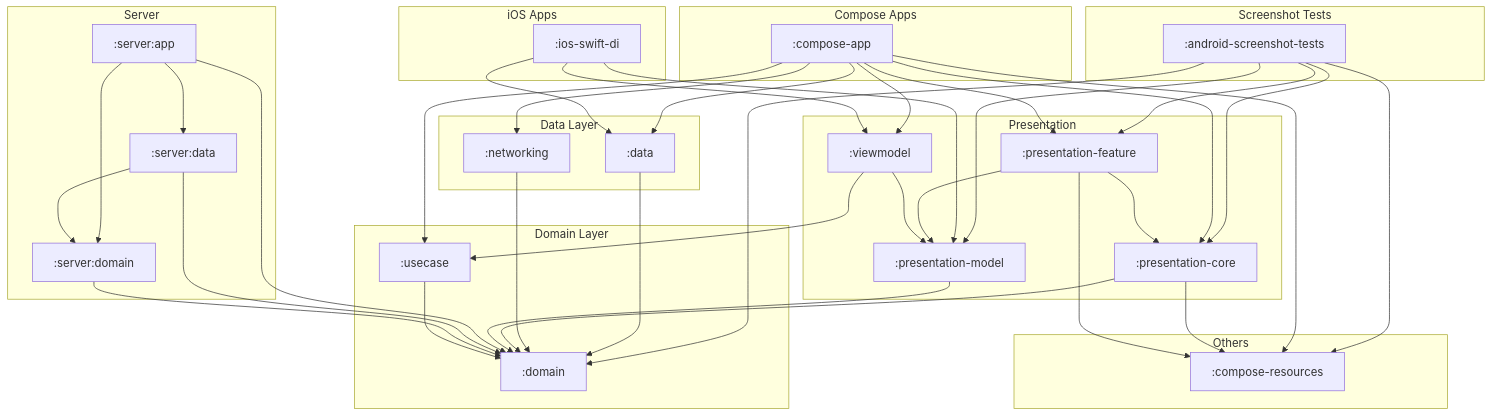
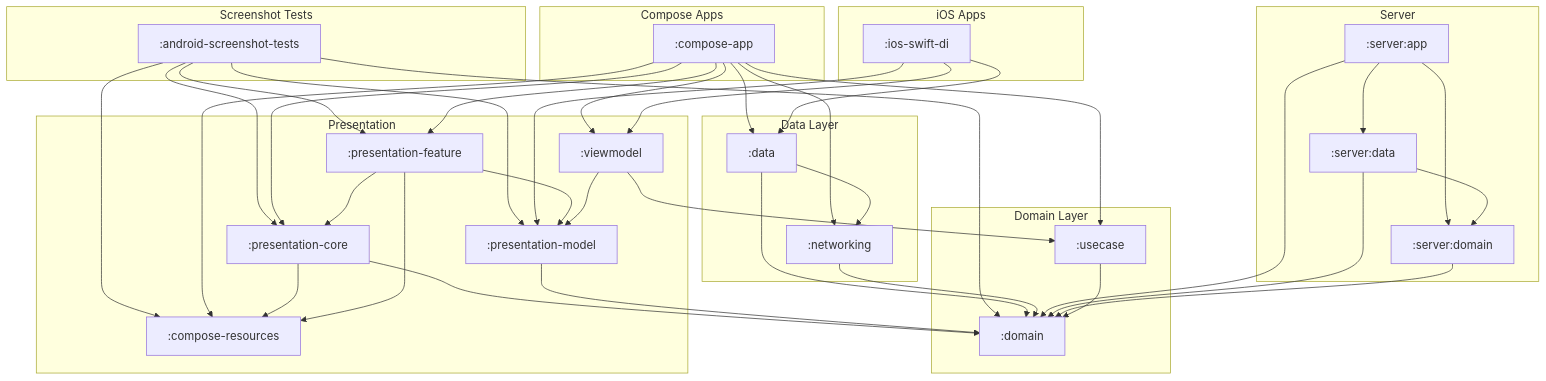
One commit to cartland/battery-butler changed the diagram in docs/diagrams/kotlin_module_structure.mmd. Above: the diagram before and after it, drawn with Mermaid. The commit also changed 45 other files, not shown here.

```diff
--- a/docs/diagrams/kotlin_module_structure.mmd
+++ b/docs/diagrams/kotlin_module_structure.mmd
@@ -1,85 +1,83 @@
 graph TD
     subgraph "iOS Apps"
         IosSwiftDi[":ios-swift-di"]
     end
 
     subgraph "Compose Apps"
         ComposeApp[":compose-app"]
     end
 
     subgraph "Server"
         ServerApp[":server:app"]
         ServerData[":server:data"]
         ServerDomain[":server:domain"]
     end
 
     subgraph "Presentation"
+        ComposeResources[":compose-resources"]
         PresentationCore[":presentation-core"]
         PresentationFeature[":presentation-feature"]
         PresentationModel[":presentation-model"]
         Viewmodel[":viewmodel"]
     end
 
     subgraph "Domain Layer"
         Domain[":domain"]
         Usecase[":usecase"]
     end
 
     subgraph "Data Layer"
         Data[":data"]
         Networking[":networking"]
     end
 
     subgraph "Screenshot Tests"
         AndroidScreenshotTests[":android-screenshot-tests"]
     end
 
-    subgraph "Others"
-        ComposeResources[":compose-resources"]
-    end
-
     %% Dependencies
     AndroidScreenshotTests --> ComposeResources
     AndroidScreenshotTests --> Domain
     AndroidScreenshotTests --> PresentationCore
     AndroidScreenshotTests --> PresentationFeature
     AndroidScreenshotTests --> PresentationModel
 
     ComposeApp --> ComposeResources
     ComposeApp --> Data
     ComposeApp --> Networking
     ComposeApp --> PresentationCore
     ComposeApp --> PresentationFeature
     ComposeApp --> Usecase
     ComposeApp --> Viewmodel
 
     Data --> Domain
+    Data --> Networking
 
     IosSwiftDi --> Data
     IosSwiftDi --> PresentationModel
     IosSwiftDi --> Viewmodel
 
     Networking --> Domain
 
     PresentationCore --> ComposeResources
     PresentationCore --> Domain
 
     PresentationFeature --> ComposeResources
     PresentationFeature --> PresentationCore
     PresentationFeature --> PresentationModel
 
     PresentationModel --> Domain
 
     ServerApp --> Domain
     ServerApp --> ServerData
     ServerApp --> ServerDomain
 
     ServerData --> Domain
     ServerData --> ServerDomain
 
     ServerDomain --> Domain
 
     Usecase --> Domain
 
     Viewmodel --> PresentationModel
     Viewmodel --> Usecase
```
